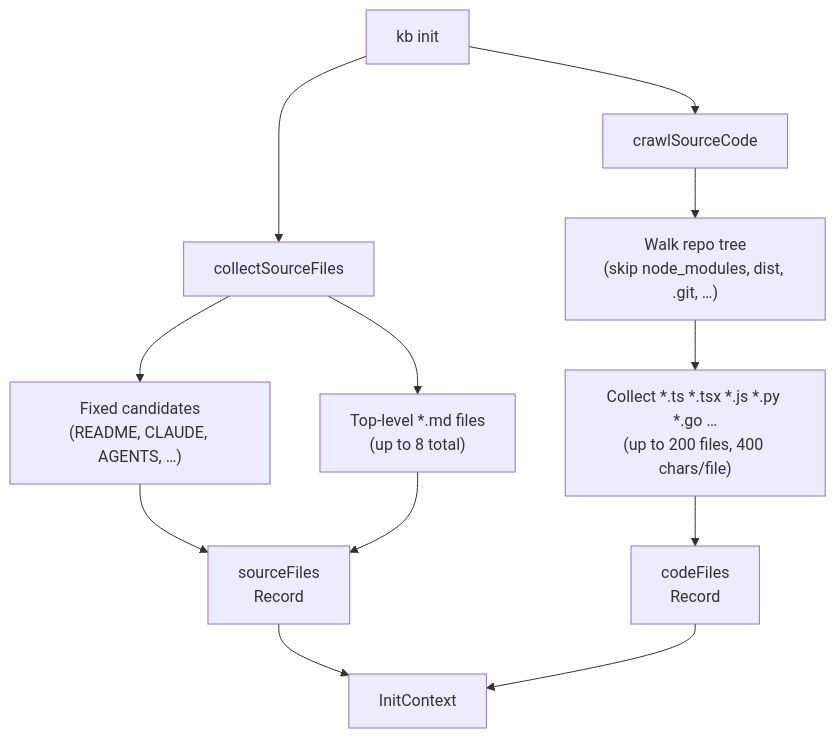
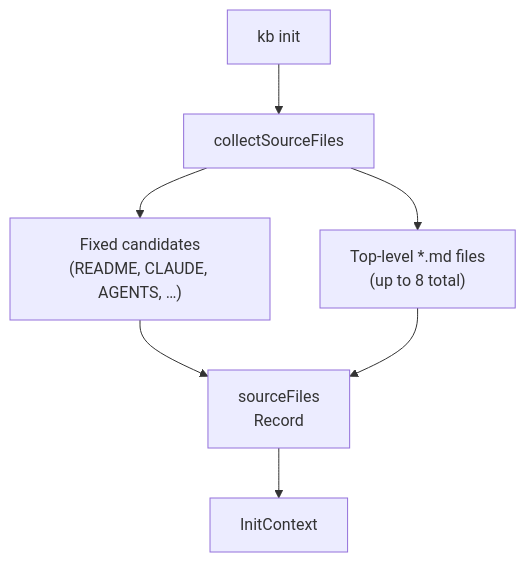
Before and after one commit to rosenjcb/kb: the first of 2 diagrams in src/core/INIT.md, drawn with Mermaid. The commit also changed other lines of this file and 12 other files, not shown here.

Commit message:
chore: removed code graph references

````diff
--- a/src/core/INIT.md
+++ b/src/core/INIT.md
@@ -9,15 +9,10 @@
 ```mermaid
 flowchart TD
     A[kb init] --> B[collectSourceFiles]
-    A --> C[crawlSourceCode]
 
     B --> B1["Fixed candidates\n(README, CLAUDE, AGENTS, …)"]
     B --> B2["Top-level *.md files\n(up to 8 total)"]
     B1 & B2 --> D[sourceFiles\nRecord<path, content>]
 
-    C --> C1["Walk repo tree\n(skip node_modules, dist, .git, …)"]
-    C1 --> C2["Collect *.ts *.tsx *.js *.py *.go …\n(up to 200 files, 400 chars/file)"]
-    C2 --> E[codeFiles\nRecord<path, snippet>]
-
-    D & E --> F[InitContext]
+    D --> F[InitContext]
 ```
````
